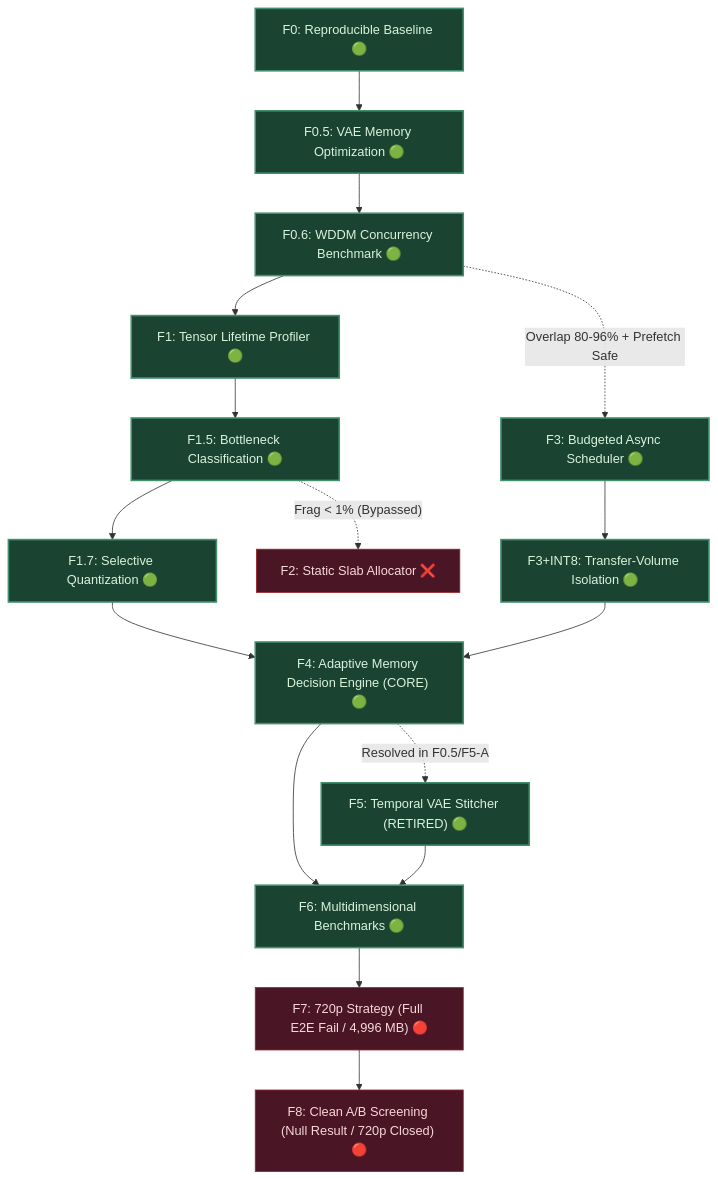
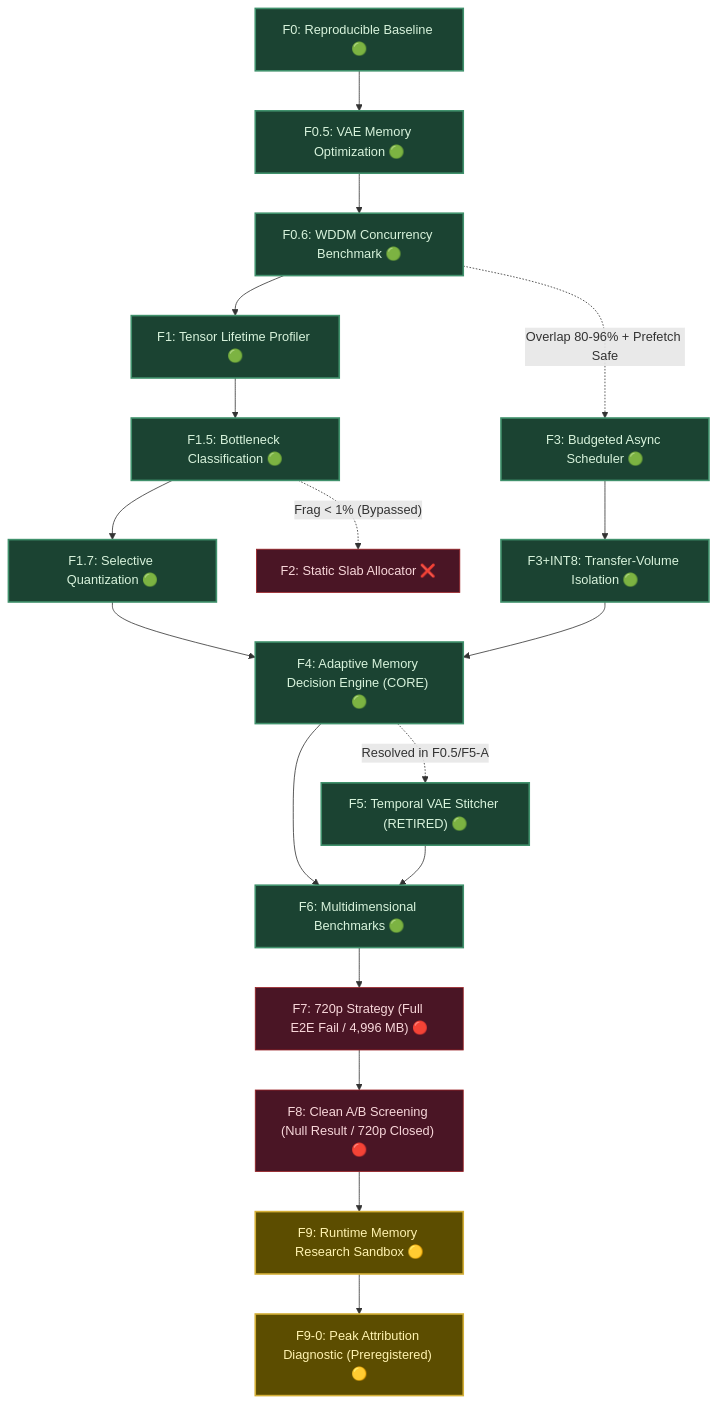
The diagram in ROADMAP.md (LARP/marley-adaptive-runtime), drawn with Mermaid before and after one commit. The commit also changed other lines of this file and 3 other files, not shown here.

Commit message:
docs(f9): generate F9 sandbox charter and freeze F9-0 attribution preregistration

````diff
--- a/ROADMAP.md
+++ b/ROADMAP.md
@@ -89,25 +89,28 @@
 ```mermaid
 flowchart TD
     F0["F0: Reproducible Baseline 🟢"] --> F05["F0.5: VAE Memory Optimization 🟢"]
     F05 --> F06["F0.6: WDDM Concurrency Benchmark 🟢"]
     F06 --> F1["F1: Tensor Lifetime Profiler 🟢"]
     F1 --> F15["F1.5: Bottleneck Classification 🟢"]
     F15 --> F17["F1.7: Selective Quantization 🟢"]
     F15 -.->|"Frag < 1% (Bypassed)"| F2["F2: Static Slab Allocator ❌"]
     F06 -.->|"Overlap 80-96% + Prefetch Safe"| F3["F3: Budgeted Async Scheduler 🟢"]
     F17 --> F4["F4: Adaptive Memory Decision Engine (CORE) 🟢"]
     F3 --> F3I8["F3+INT8: Transfer-Volume Isolation 🟢"] --> F4
     F4 -.->|"Resolved in F0.5/F5-A"| F5["F5: Temporal VAE Stitcher (RETIRED) 🟢"]
     F4 --> F6["F6: Multidimensional Benchmarks 🟢"]
     F5 --> F6
     F6 --> F7["F7: 720p Strategy (Full E2E Fail / 4,996 MB) 🔴"]
     F7 --> F8["F8: Clean A/B Screening (Null Result / 720p Closed) 🔴"]
+    F8 --> F9["F9: Runtime Memory Research Sandbox 🟡"]
+    F9 --> F90["F9-0: Peak Attribution Diagnostic (Preregistered) 🟡"]
 
     classDef pass fill:#1b4332,stroke:#40916c,stroke-width:2px,color:#d8f3dc;
     classDef inprog fill:#5c4d00,stroke:#d4af37,stroke-width:2px,color:#fff3b0;
     classDef bypass fill:#4a1525,stroke:#9b2226,stroke-width:1px,color:#f8d7da;
     class F0,F05,F06,F1,F15,F17,F3 pass;
     class F3I8,F4,F5,F6 pass;
     class F7,F8 bypass;
     class F2 bypass;
+    class F9,F90 inprog;
 ```
````
